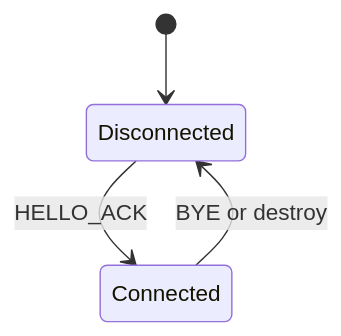
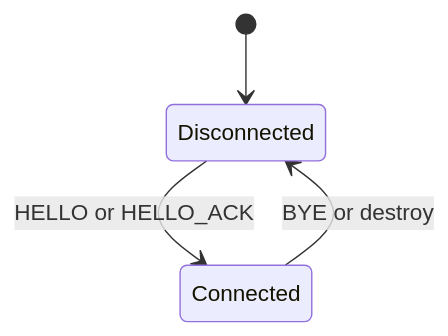
One commit to webex/webex-js-sdk changed the third of 3 diagrams in packages/@webex/web-extension-bridge/src/web/docs/README.md. Above: the diagram before and after it, drawn with Mermaid. The commit also changed other lines of this file and 7 other files, not shown here.

````diff
--- a/packages/@webex/web-extension-bridge/src/web/docs/README.md
+++ b/packages/@webex/web-extension-bridge/src/web/docs/README.md
@@ -187,6 +187,6 @@
 ```mermaid
 stateDiagram-v2
   [*] --> Disconnected
-  Disconnected --> Connected: HELLO_ACK
+  Disconnected --> Connected: HELLO or HELLO_ACK
   Connected --> Disconnected: BYE or destroy
 ```
````
